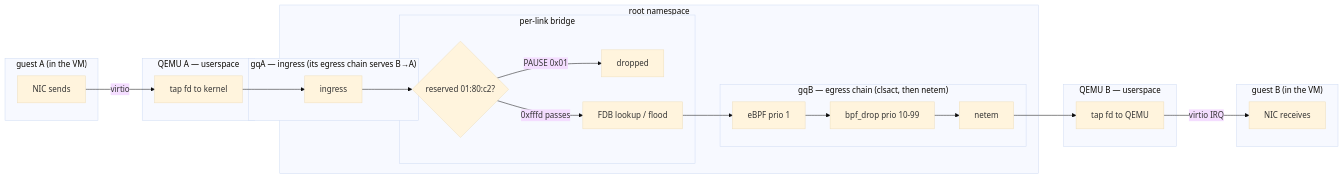
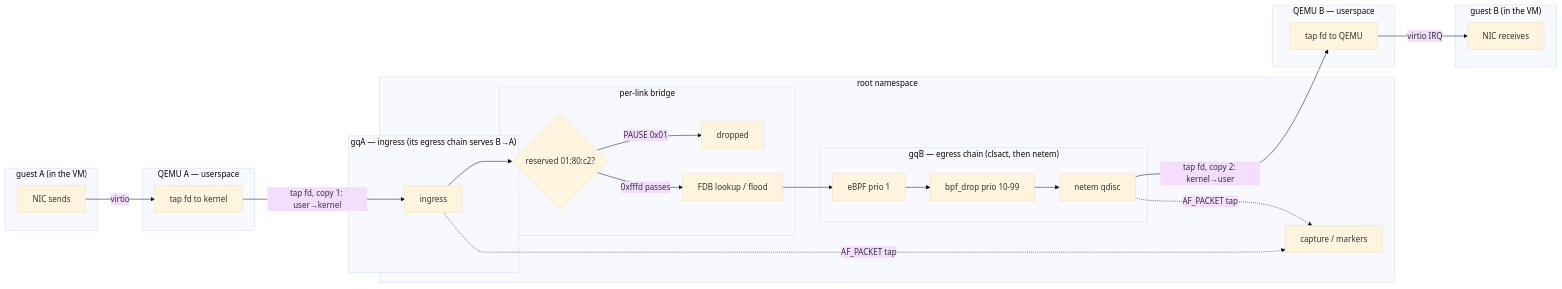
The third of 4 diagrams in docs/features/qemu-kernel-datapath.md (GNS3/gns3-server), drawn with Mermaid (base theme) before and after one commit. The commit also changed other lines of this file and 5 other files, not shown here.

````diff
--- a/docs/features/qemu-kernel-datapath.md
+++ b/docs/features/qemu-kernel-datapath.md
@@ -122,39 +122,42 @@
 ```mermaid
 flowchart LR
     subgraph ANS["guest A (in the VM)"]
         S1["NIC sends"]
     end
     subgraph QPA["QEMU A — userspace"]
         S2["tap fd to kernel"]
     end
     subgraph ROOT["root namespace"]
         subgraph GQA["gqA — ingress (its egress chain serves B→A)"]
             S3["ingress"]
         end
         subgraph BRP["per-link bridge"]
             G1{"reserved 01:80:c2?"}
             D["dropped"]
             S4["FDB lookup / flood"]
         end
         subgraph GQB["gqB — egress chain (clsact, then netem)"]
             S5["eBPF prio 1"]
             S6["bpf_drop prio 10-99"]
-            S7["netem"]
+            S7["netem qdisc"]
         end
+        T["capture / markers"]
     end
     subgraph QPB["QEMU B — userspace"]
         S8["tap fd to QEMU"]
     end
     subgraph BNS["guest B (in the VM)"]
         S9["NIC receives"]
     end
     S1 -->|"virtio"| S2
-    S2 --> S3
+    S2 -->|"tap fd, copy 1: user→kernel"| S3
     S3 --> G1
     G1 -->|"PAUSE 0x01"| D
     G1 -->|"0xfffd passes"| S4
     S4 --> S5
     S5 --> S6 --> S7
-    S7 --> S8
+    S7 -->|"tap fd, copy 2: kernel→user"| S8
     S8 -->|"virtio IRQ"| S9
+    S3 -. "AF_PACKET tap" .-> T
+    S7 -. "AF_PACKET tap" .-> T
 ```
````
